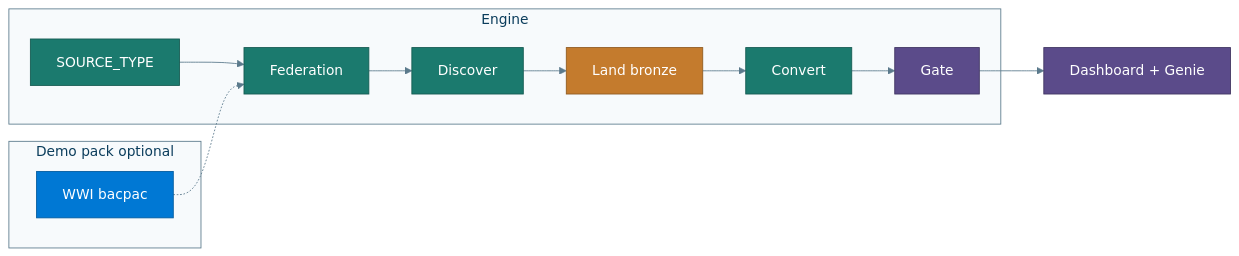
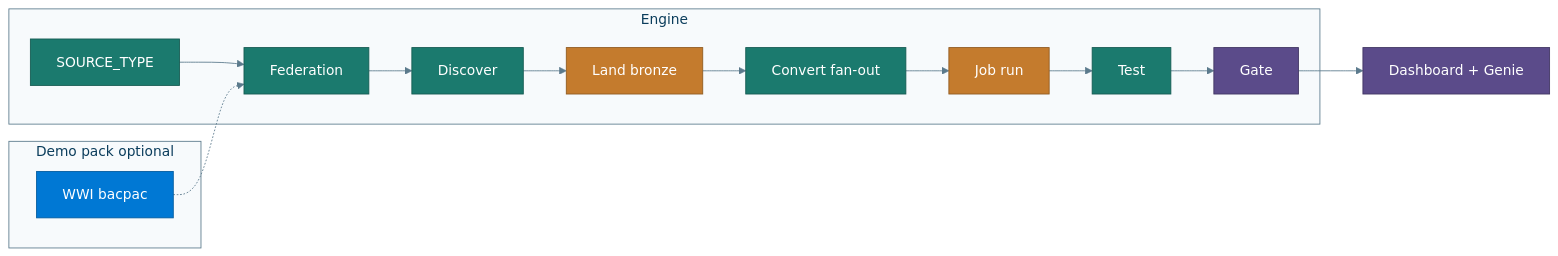
Before and after one commit to Jericho2010/edwmigration: the diagram in docs/architecture.md, drawn with Mermaid. The commit also changed other lines of this file and 56 other files, not shown here.

First line of the commit message:
Add parallel Convert fan-out, kickoff-first preflight, and path guards.

````diff
--- a/docs/architecture.md
+++ b/docs/architecture.md
@@ -13,24 +13,26 @@
 ```mermaid
 %%{init: {"theme":"base","themeVariables":{"primaryColor":"#E8F1F8","primaryTextColor":"#0B3D5C","primaryBorderColor":"#0B3D5C","lineColor":"#5B7A8C","secondaryColor":"#E6F4F1","tertiaryColor":"#F7F3EA","background":"#FFFFFF","mainBkg":"#E8F1F8","clusterBkg":"#F7FAFC","clusterBorder":"#5B7A8C","titleColor":"#0B3D5C","edgeLabelBackground":"#FFFFFF"}}}%%
 flowchart LR
   subgraph engine [Engine]
     ST[SOURCE_TYPE] --> Fed[Federation]
     Fed --> Disc[Discover]
     Disc --> Land[Land bronze]
-    Land --> Conv[Convert]
-    Conv --> Gate[Gate]
+    Land --> Conv[Convert fan-out]
+    Conv --> Job[Job run]
+    Job --> Test[Test]
+    Test --> Gate[Gate]
   end
   subgraph demo [Demo pack optional]
     WWI[WWI bacpac]
   end
   WWI -.-> Fed
   Gate --> Obs[Dashboard + Genie]
   classDef agent fill:#1B7A6E,stroke:#145A51,color:#fff
   classDef azureC fill:#0078D4,stroke:#005A9E,color:#fff
   classDef bronze fill:#C47B2D,stroke:#8F5A1F,color:#fff
   classDef ops fill:#5B4B8A,stroke:#3F3460,color:#fff
-  class ST,Fed,Disc,Conv agent
+  class ST,Fed,Disc,Conv,Test agent
   class WWI azureC
-  class Land bronze
+  class Land,Job bronze
   class Gate,Obs ops
 ```
````
